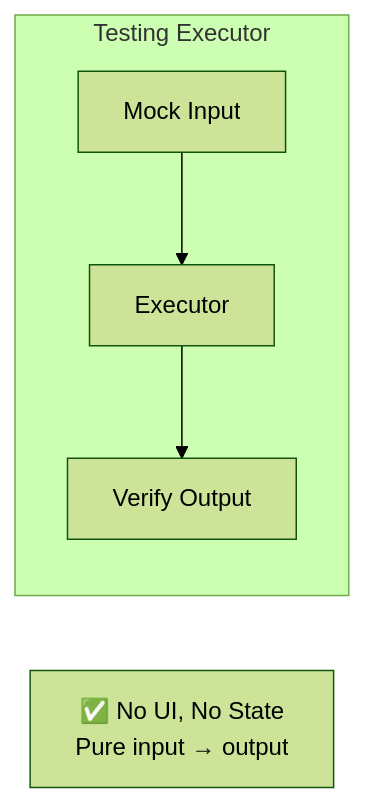
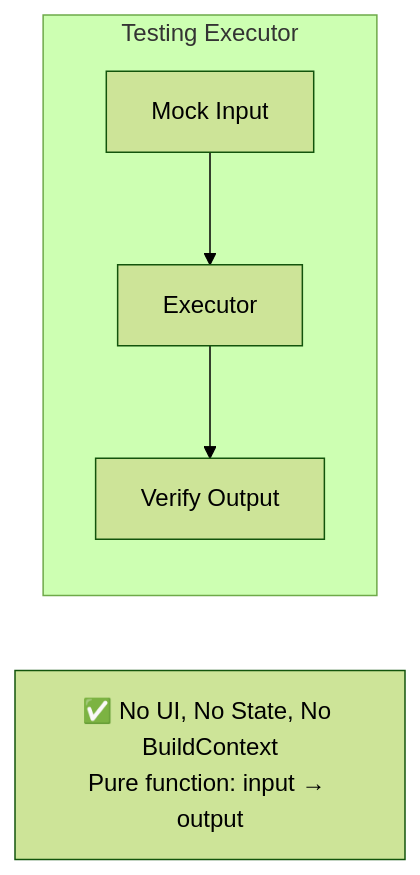
One commit to lploc94/flutter_orchestrator changed the sixth of 14 diagrams in book/chapters/07_best_practices.md. Above: the diagram before and after it, drawn with Mermaid (forest theme). The commit also changed other lines of this file and 31 other files, not shown here.

````diff
--- a/book/chapters/07_best_practices.md
+++ b/book/chapters/07_best_practices.md
@@ -138,13 +161,13 @@
 ```mermaid
 flowchart LR
     subgraph ExecutorTest["Testing Executor"]
         Input["Mock Input"]
         Exec["Executor"]
         Output["Verify Output"]
     end
     
     Input --> Exec
     Exec --> Output
     
-    Note["✅ No UI, No State<br/>Pure input → output"]
+    Note["✅ No UI, No State, No BuildContext<br/>Pure function: input → output"]
 ```
````
